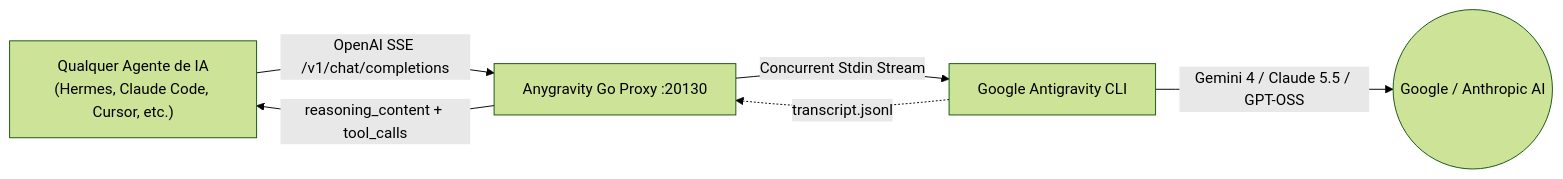
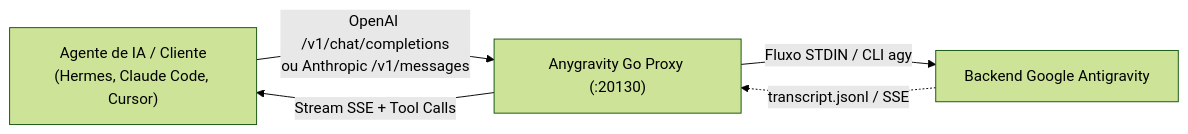
Before and after one commit to jocost4/anygravity: the diagram in README.pt-BR.md, drawn with Mermaid (forest theme). The commit also changed other lines of this file and 1 other file, not shown here.

Commit message:
docs: overhaul READMEs with Anthropic API, usage endpoint, and remove AI slop

````diff
--- a/README.pt-BR.md
+++ b/README.pt-BR.md
@@ -111,8 +30,7 @@
 ```mermaid
 flowchart LR
-    A["Qualquer Agente de IA<br>(Hermes, Claude Code, Cursor, etc.)"] -->|OpenAI SSE /v1/chat/completions| B["Anygravity Go Proxy :20130"]
-    B -->|Concurrent Stdin Stream| C["Google Antigravity CLI"]
-    C -->|Gemini 4 / Claude 5.5 / GPT-OSS| D(("Google / Anthropic AI"))
-    C -.->|transcript.jsonl| B
-    B -->|reasoning_content + tool_calls| A
+    A["Agente de IA / Cliente<br>(Hermes, Claude Code, Cursor)"] -->|OpenAI /v1/chat/completions<br>ou Anthropic /v1/messages| B["Anygravity Go Proxy (:20130)"]
+    B -->|Fluxo STDIN / CLI agy| C["Backend Google Antigravity"]
+    C -.->|transcript.jsonl / SSE| B
+    B -->|Stream SSE + Tool Calls| A
 ```
````
